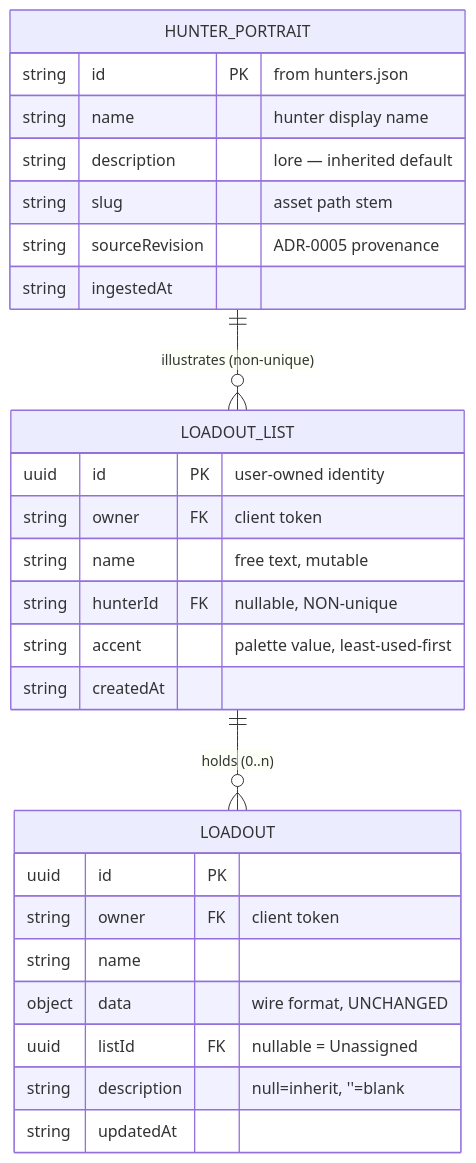
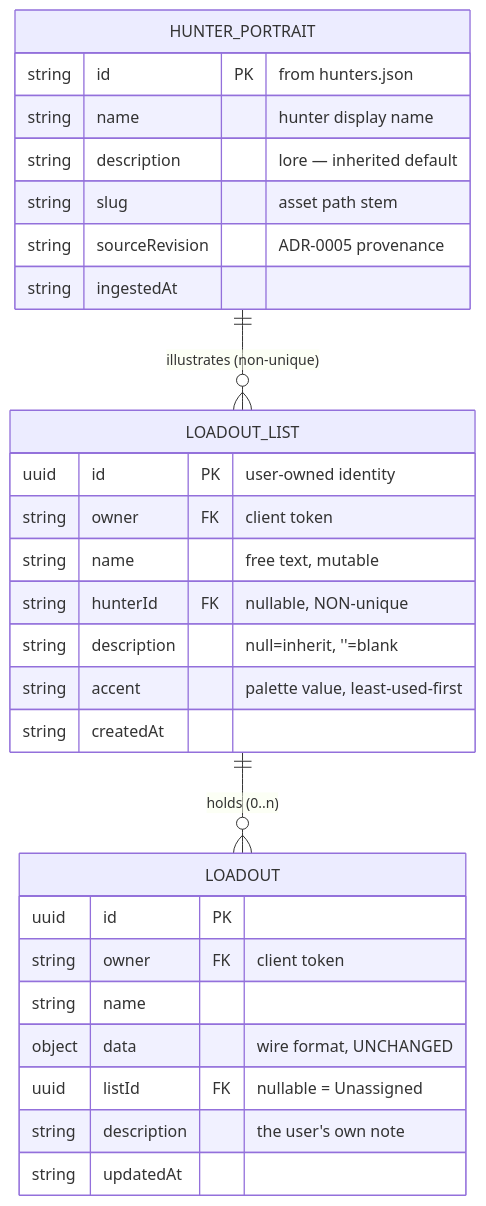
The first of 4 diagrams in docs/openspec/specs/hunter-loadout-lists/design.md (jonstump/the-outfitter), drawn with Mermaid before and after one commit. The commit also changed other lines of this file and 12 other files, not shown here.

````diff
--- a/docs/openspec/specs/hunter-loadout-lists/design.md
+++ b/docs/openspec/specs/hunter-loadout-lists/design.md
@@ -337,33 +351,34 @@
 ```mermaid
 erDiagram
     HUNTER_PORTRAIT ||--o{ LOADOUT_LIST : "illustrates (non-unique)"
     LOADOUT_LIST ||--o{ LOADOUT : "holds (0..n)"
 
     HUNTER_PORTRAIT {
         string id PK "from hunters.json"
         string name "hunter display name"
         string description "lore — inherited default"
         string slug "asset path stem"
         string sourceRevision "ADR-0005 provenance"
         string ingestedAt
     }
 
     LOADOUT_LIST {
         uuid id PK "user-owned identity"
         string owner FK "client token"
         string name "free text, mutable"
         string hunterId FK "nullable, NON-unique"
+        string description "null=inherit, ''=blank"
         string accent "palette value, least-used-first"
         string createdAt
     }
 
     LOADOUT {
         uuid id PK
         string owner FK "client token"
         string name
         object data "wire format, UNCHANGED"
         uuid listId FK "nullable = Unassigned"
-        string description "null=inherit, ''=blank"
+        string description "the user's own note"
         string updatedAt
     }
 ```
````
